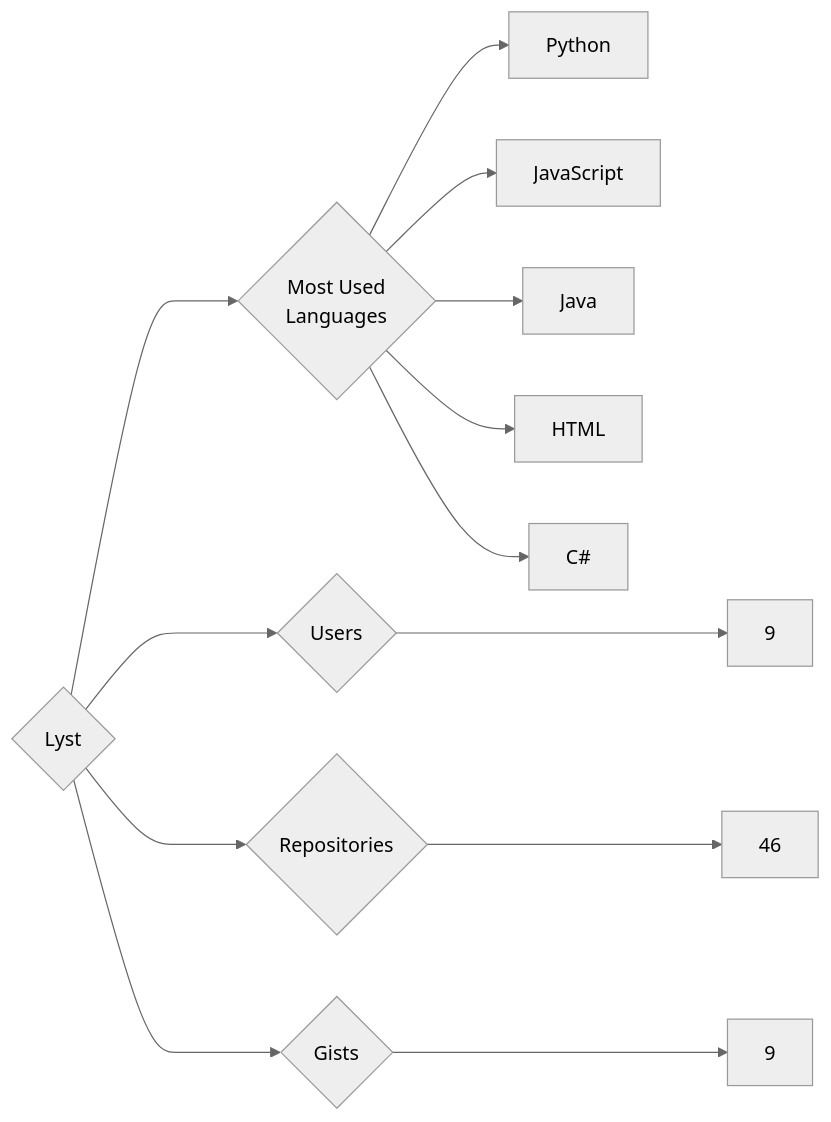
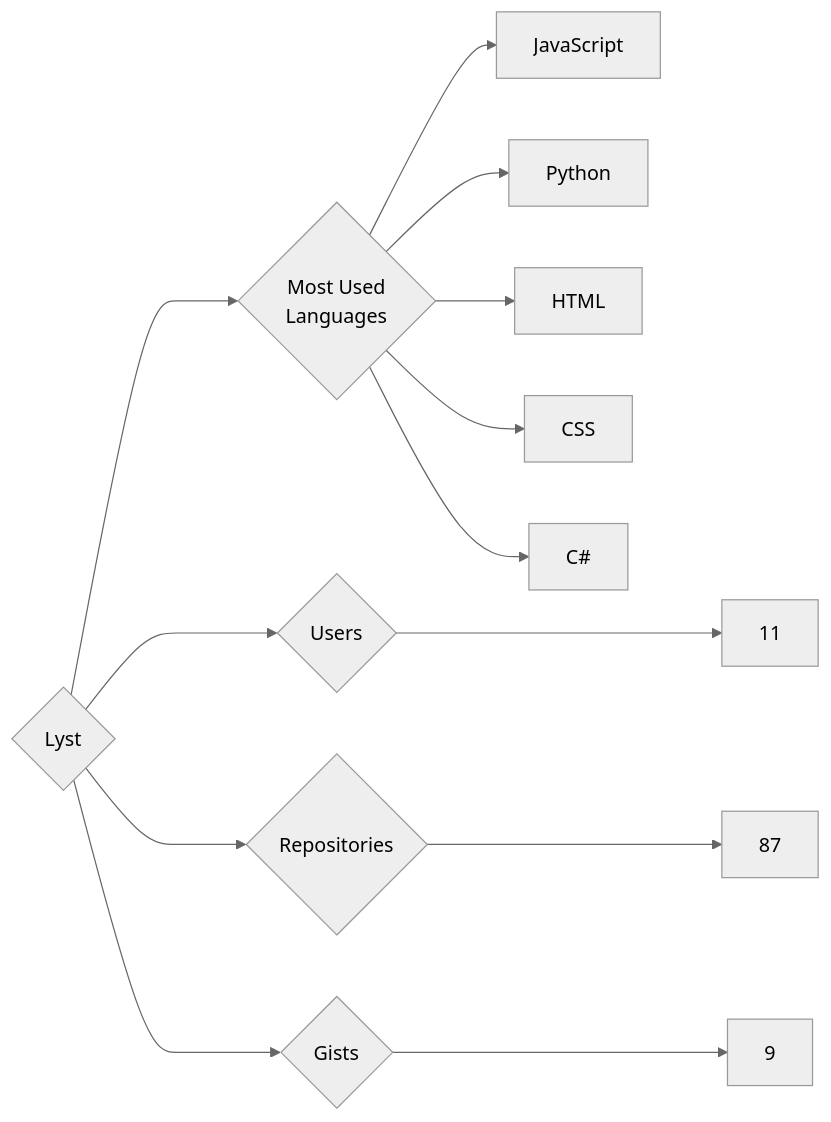
Before and after one commit to trickest/insiders: the diagram in targets/Lyst/README.md, drawn with Mermaid (neutral theme). The commit also changed 826 other files, not shown here.

````diff
--- a/targets/Lyst/README.md
+++ b/targets/Lyst/README.md
@@ -3,13 +3,13 @@
 ```mermaid
 graph LR
 COMPANY_NAME{Lyst}
-COMPANY_NAME ---> U{Users} ---> UN[9]
-COMPANY_NAME ---> R{Repositories} ---> RN[46]
+COMPANY_NAME ---> U{Users} ---> UN[11]
+COMPANY_NAME ---> R{Repositories} ---> RN[87]
 COMPANY_NAME ---> G{Gists} ---> GN[9]
 COMPANY_NAME ---> ML{Most Used<br>Languages}
+ML --> JavaScript[JavaScript]
 ML --> Python[Python]
-ML --> JavaScript[JavaScript]
-ML --> Java[Java]
 ML --> HTML[HTML]
+ML --> CSS[CSS]
 ML --> C#[C#]
 ```
````
